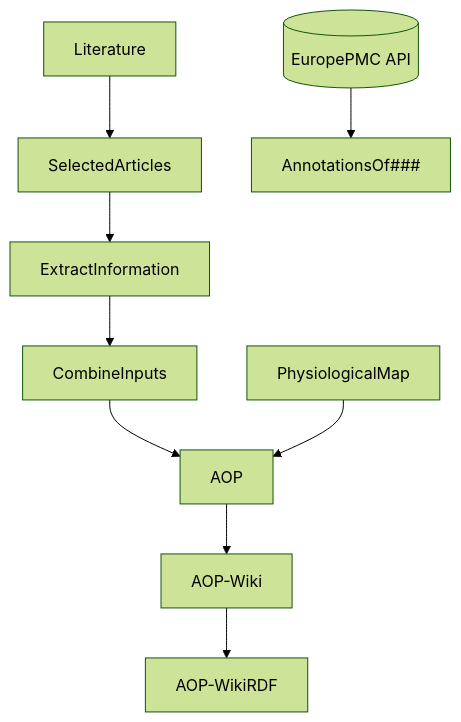
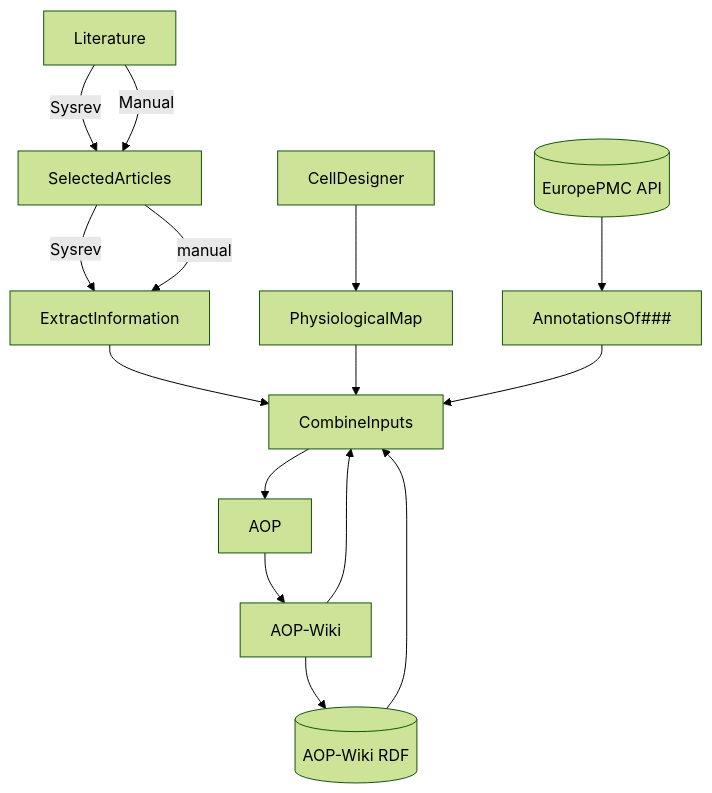
One commit to VHP4Safety/workflows changed the first of 2 diagrams in aopLiterature.md. Above: the diagram before and after it, drawn with Mermaid (forest theme).

````diff
--- a/aopLiterature.md
+++ b/aopLiterature.md
@@ -3,11 +3,16 @@
 ```mermaid
 graph TD
-    Literature-->SelectedArticles 
-    SelectedArticles-->ExtractInformation 
+    Literature-->|Sysrev|SelectedArticles
+    Literature-->|Manual|SelectedArticles
+    SelectedArticles-->|Sysrev|ExtractInformation
+    SelectedArticles-->|manual|ExtractInformation
     ExtractInformation-->CombineInputs
     CombineInputs --> AOP 
     AOP-->AOP-Wiki 
-    AOP-Wiki-->AOP-WikiRDF
-    PhysiologicalMap-->AOP
-    EuropePMCAPI[(EuropePMC API)]-->AnnotationsOf### 
+    AOP-Wiki-->AOP-WikiRDF[(AOP-Wiki RDF)]
+    PhysiologicalMap-->CombineInputs
+    EuropePMCAPI[(EuropePMC API)]-->AnnotationsOf###-->CombineInputs
+    AOP-Wiki-->CombineInputs
+    AOP-WikiRDF[(AOP-Wiki RDF)]-->CombineInputs
+    CellDesigner-->PhysiologicalMap
 ```
````
